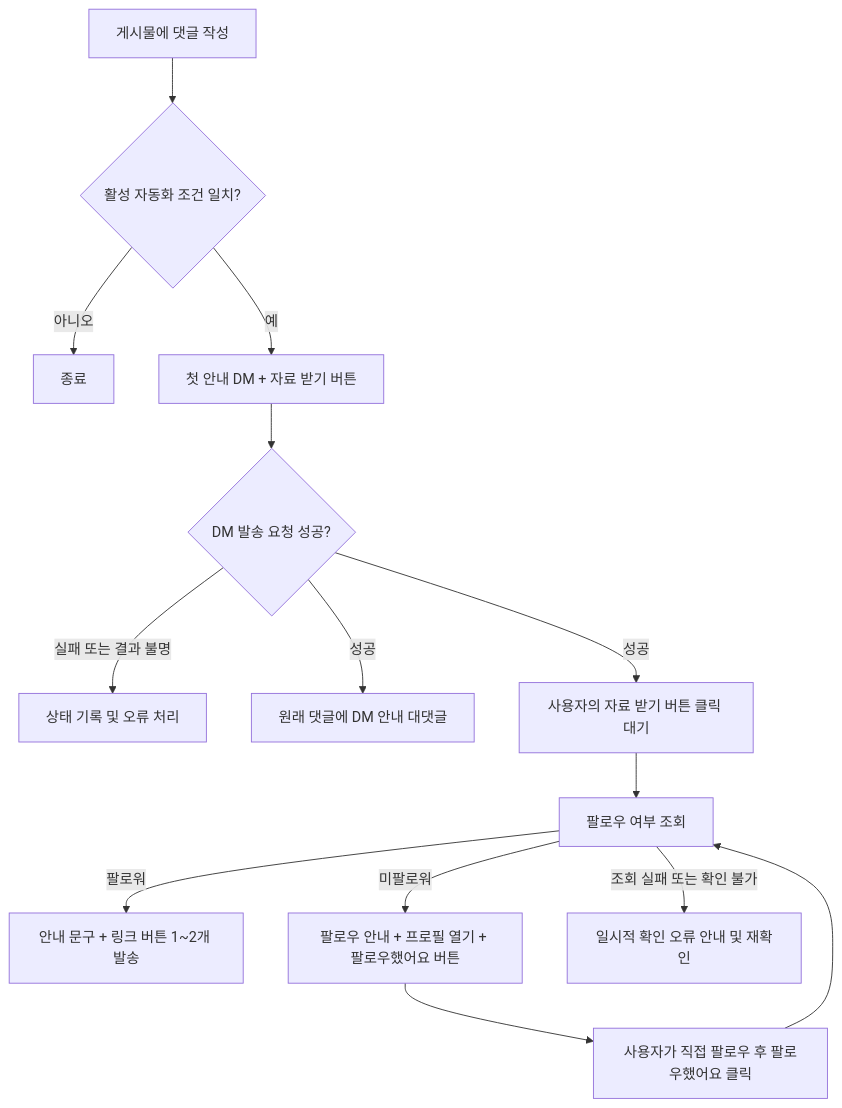
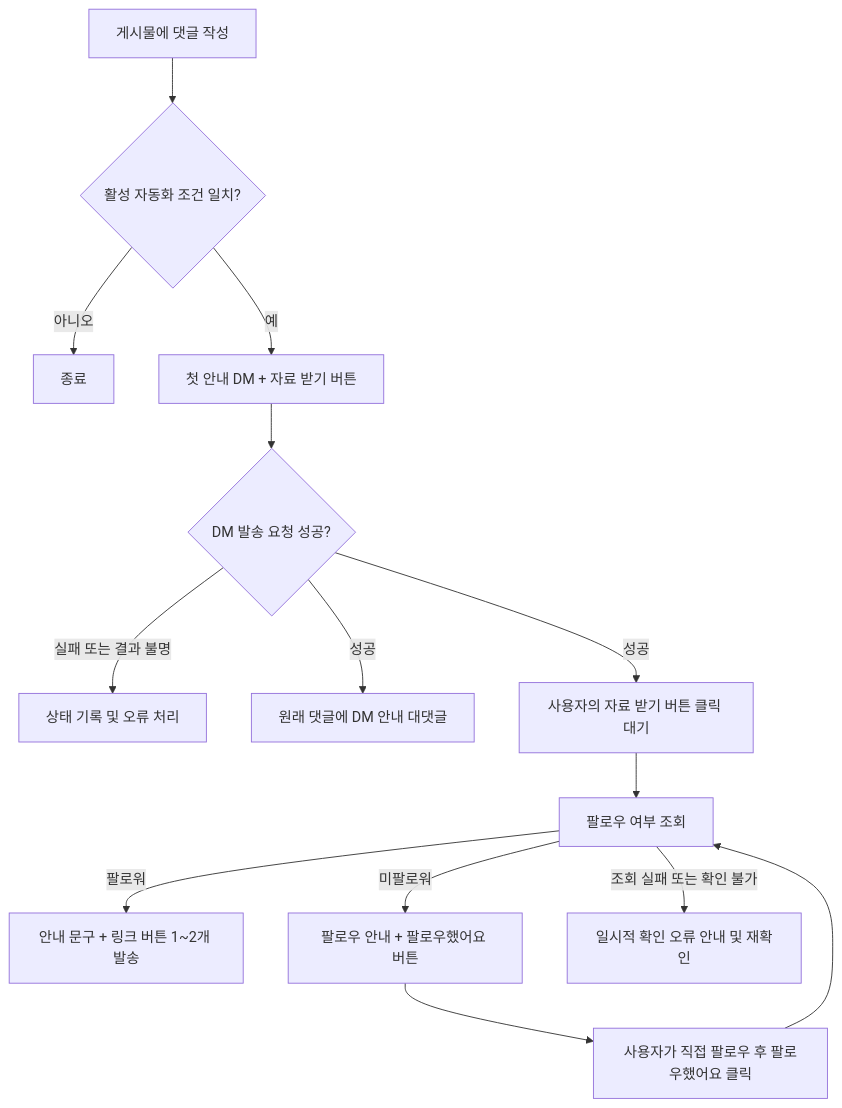
The diagram in README.md (una41/hookit-studio), drawn with Mermaid before and after one commit. The commit also changed other lines of this file and 8 other files, not shown here.

````diff
--- a/README.md
+++ b/README.md
@@ -57,16 +57,16 @@
 ```mermaid
 flowchart TD
     A[게시물에 댓글 작성] --> B{활성 자동화 조건 일치?}
     B -->|아니오| Z[종료]
     B -->|예| C[첫 안내 DM + 자료 받기 버튼]
     C --> D{DM 발송 요청 성공?}
     D -->|실패 또는 결과 불명| E[상태 기록 및 오류 처리]
     D -->|성공| F[원래 댓글에 DM 안내 대댓글]
     D -->|성공| G[사용자의 자료 받기 버튼 클릭 대기]
     G --> H[팔로우 여부 조회]
     H -->|팔로워| I[안내 문구 + 링크 버튼 1~2개 발송]
-    H -->|미팔로워| J[팔로우 안내 + 프로필 열기 + 팔로우했어요 버튼]
+    H -->|미팔로워| J[팔로우 안내 + 팔로우했어요 버튼]
     J --> K[사용자가 직접 팔로우 후 팔로우했어요 클릭]
     K --> H
     H -->|조회 실패 또는 확인 불가| L[일시적 확인 오류 안내 및 재확인]
 ```
````
